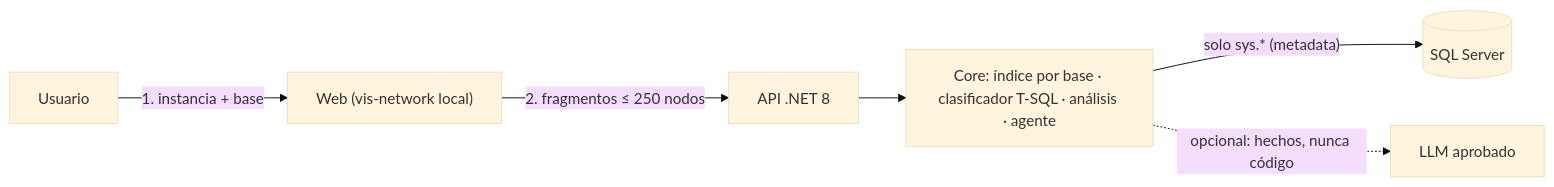
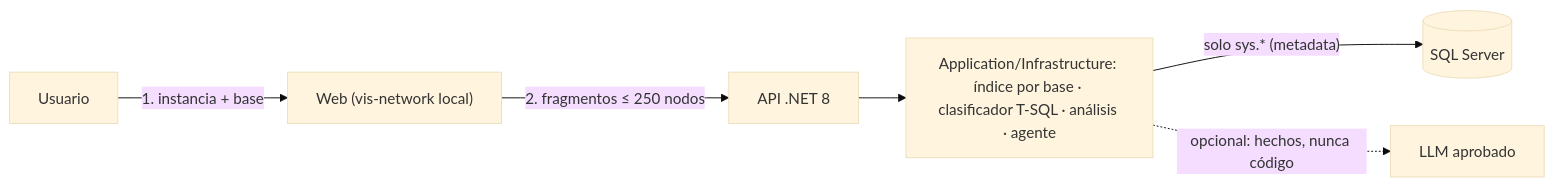
The diagram in README.md (luckLuis/agente-IA), drawn with Mermaid (base theme) before and after one commit. The commit also changed other lines of this file and 136 other files, not shown here.

````diff
--- a/README.md
+++ b/README.md
@@ -7,8 +7,8 @@
 ```mermaid
 flowchart LR
     U["Usuario"] -->|"1. instancia + base"| W["Web (vis-network local)"]
     W -->|"2. fragmentos ≤ 250 nodos"| A["API .NET 8"]
-    A --> C["Core: índice por base · clasificador T-SQL · análisis · agente"]
+    A --> C["Application/Infrastructure: índice por base · clasificador T-SQL · análisis · agente"]
     C -->|"solo sys.* (metadata)"| S[("SQL Server")]
     C -.->|"opcional: hechos, nunca código"| L["LLM aprobado"]
 ```
````
